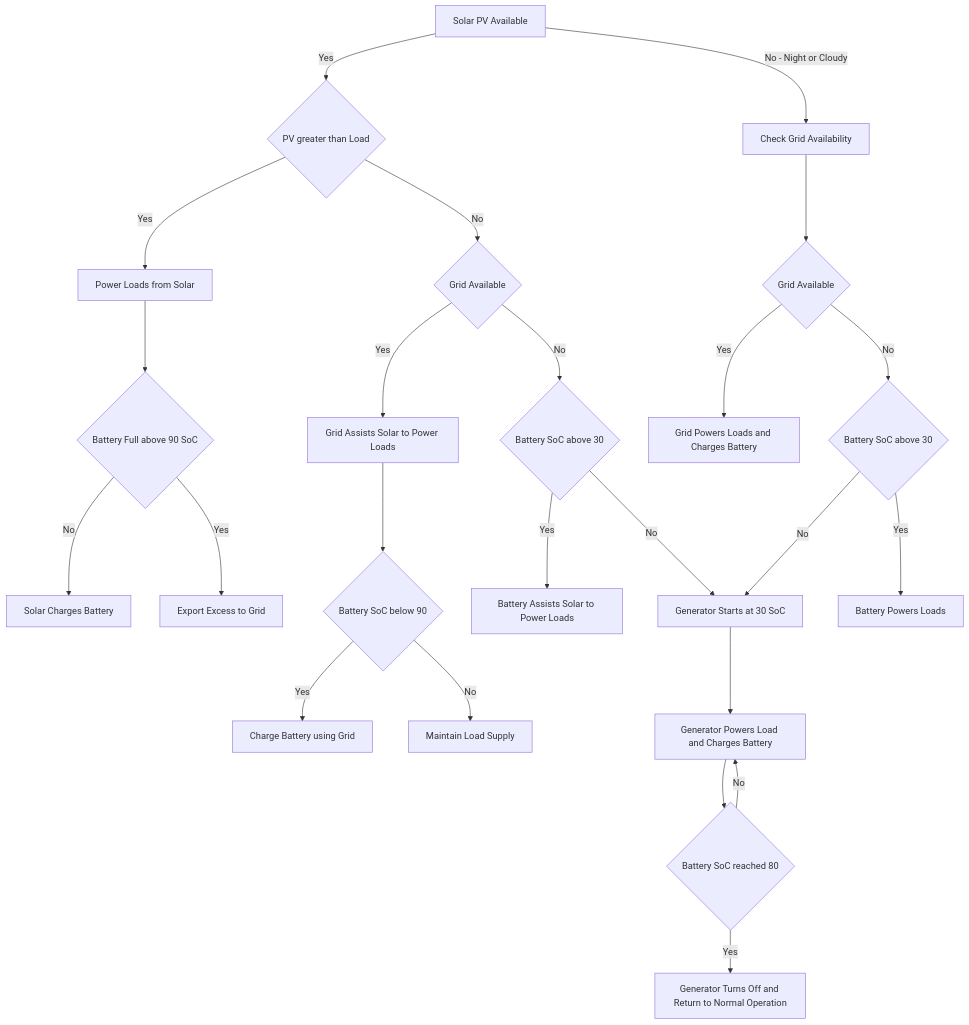
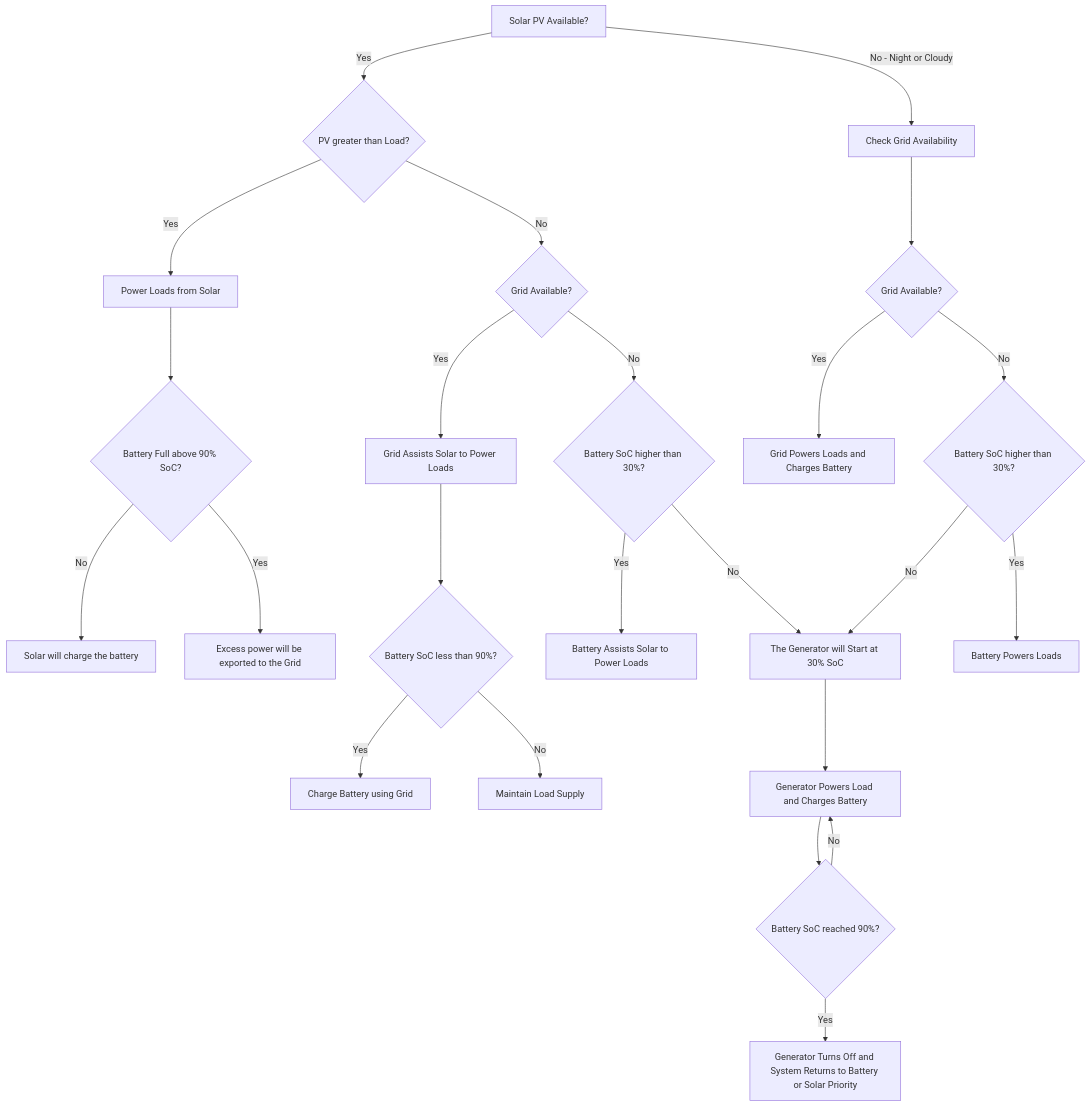
One commit to ctm25-git/Solar-sequence-of-operation changed the diagram in README.md. Above: the diagram before and after it, drawn with Mermaid.

````diff
--- a/README.md
+++ b/README.md
@@ -1,36 +1,36 @@
 ```mermaid
 flowchart TD
 
-A[Solar PV Available] -->|Yes| B{PV greater than Load}
+A[Solar PV Available?] -->|Yes| B{PV greater than Load?}
 A -->|No - Night or Cloudy| X[Check Grid Availability]
 
 B -->|Yes| C[Power Loads from Solar]
-C --> D{Battery Full above 90 SoC}
-D -->|No| E[Solar Charges Battery]
-D -->|Yes| F[Export Excess to Grid]
+C --> D{Battery Full above 90% SoC?}
+D -->|No| E[Solar will charge the battery]
+D -->|Yes| F[Excess power will be exported to the Grid]
 
-B -->|No| G{Grid Available}
+B -->|No| G{Grid Available?}
 
 G -->|Yes| H[Grid Assists Solar to Power Loads]
-H --> I{Battery SoC below 90}
+H --> I{Battery SoC less than 90%?}
 I -->|Yes| J[Charge Battery using Grid]
 I -->|No| K[Maintain Load Supply]
 
-G -->|No| L{Battery SoC above 30}
+G -->|No| L{Battery SoC higher than 30%?}
 L -->|Yes| M[Battery Assists Solar to Power Loads]
-L -->|No| O[Generator Starts at 30 SoC]
+L -->|No| O[The Generator will Start at 30% SoC]
 
 O --> P[Generator Powers Load and Charges Battery]
 
-P --> U{Battery SoC reached 80}
-U -->|Yes| V[Generator Turns Off and Return to Normal Operation]
+P --> U{Battery SoC reached 90%?}
+U -->|Yes| V[Generator Turns Off and System Returns to Battery or Solar Priority]
 U -->|No| P
 
-X --> Q{Grid Available}
+X --> Q{Grid Available?}
 
 Q -->|Yes| R[Grid Powers Loads and Charges Battery]
 
-Q -->|No| S{Battery SoC above 30}
+Q -->|No| S{Battery SoC higher than 30%?}
 S -->|Yes| T[Battery Powers Loads]
 S -->|No| O
 ```
````
